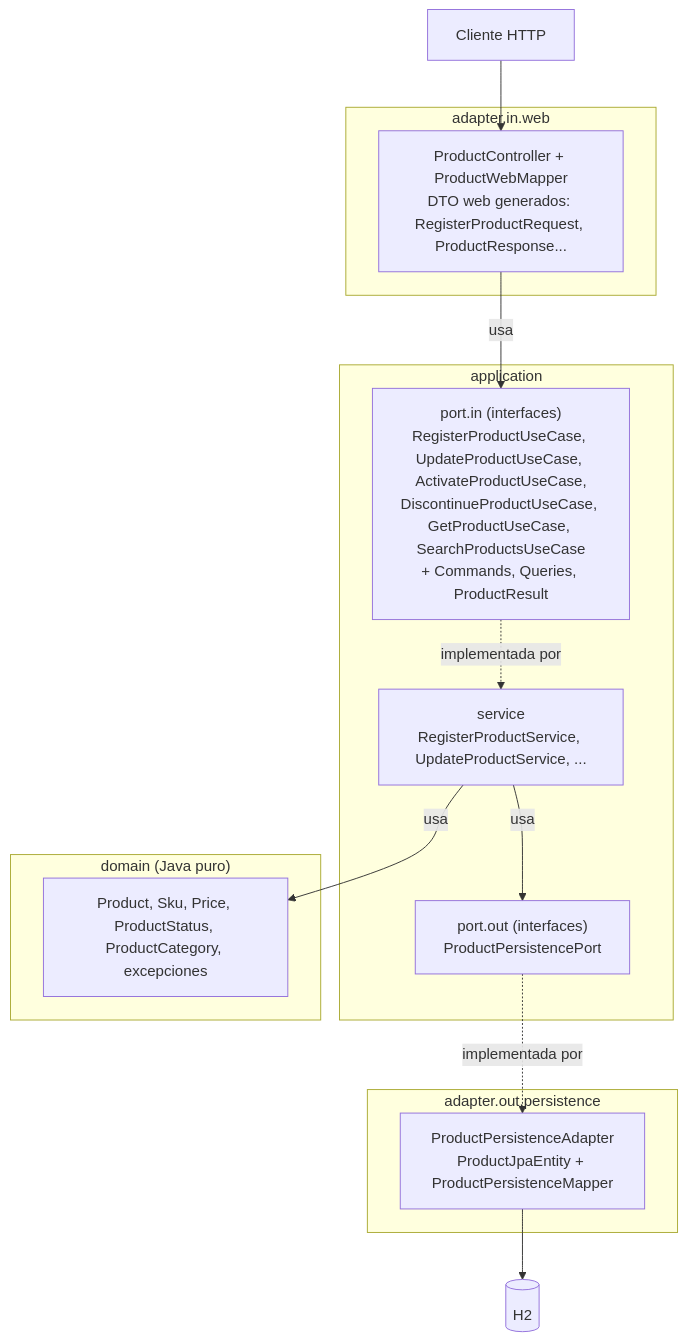
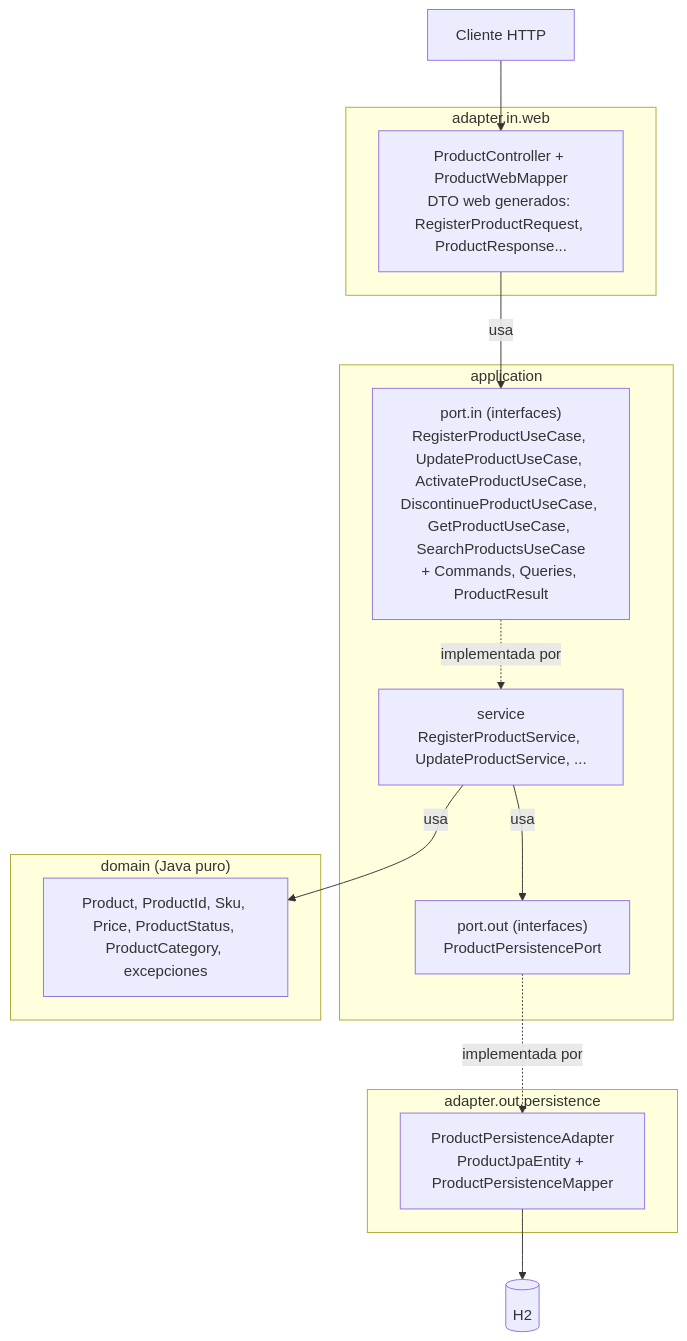
One commit to GalaxyTraining/CURS-000658-AI-SDD-F4 changed the first of 3 diagrams in specs/architecture/architecture.md. Above: the diagram before and after it, drawn with Mermaid. The commit also changed other lines of this file and 7 other files, not shown here.

````diff
--- a/specs/architecture/architecture.md
+++ b/specs/architecture/architecture.md
@@ -11,27 +11,27 @@
 ```mermaid
 flowchart TB
     CLIENT["Cliente HTTP"]
     subgraph AIN["adapter.in.web"]
         CTRL["ProductController + ProductWebMapper<br/>DTO web generados: RegisterProductRequest, ProductResponse..."]
     end
     subgraph APP["application"]
         UCI["port.in (interfaces)<br/>RegisterProductUseCase, UpdateProductUseCase, ActivateProductUseCase,<br/>DiscontinueProductUseCase, GetProductUseCase, SearchProductsUseCase<br/>+ Commands, Queries, ProductResult"]
         SVC["service<br/>RegisterProductService, UpdateProductService, ..."]
         PP["port.out (interfaces)<br/>ProductPersistencePort"]
     end
     subgraph DOM["domain (Java puro)"]
-        AGG["Product, Sku, Price, ProductStatus, ProductCategory, excepciones"]
+        AGG["Product, ProductId, Sku, Price, ProductStatus, ProductCategory, excepciones"]
     end
     subgraph AOUT["adapter.out.persistence"]
         PAD["ProductPersistenceAdapter<br/>ProductJpaEntity + ProductPersistenceMapper"]
     end
     DB[("H2")]
 
     CLIENT --> CTRL
     CTRL -- "usa" --> UCI
     UCI -. "implementada por" .-> SVC
     SVC -- "usa" --> AGG
     SVC -- "usa" --> PP
     PP -. "implementada por" .-> PAD
     PAD --> DB
 ```
````
